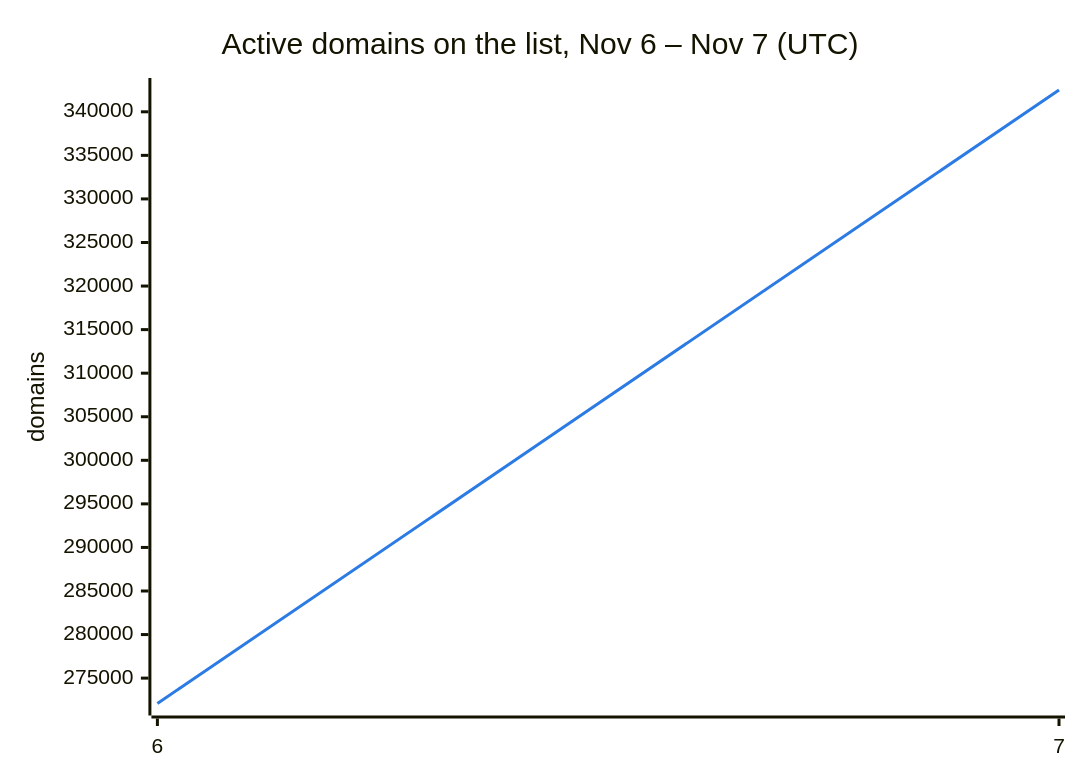
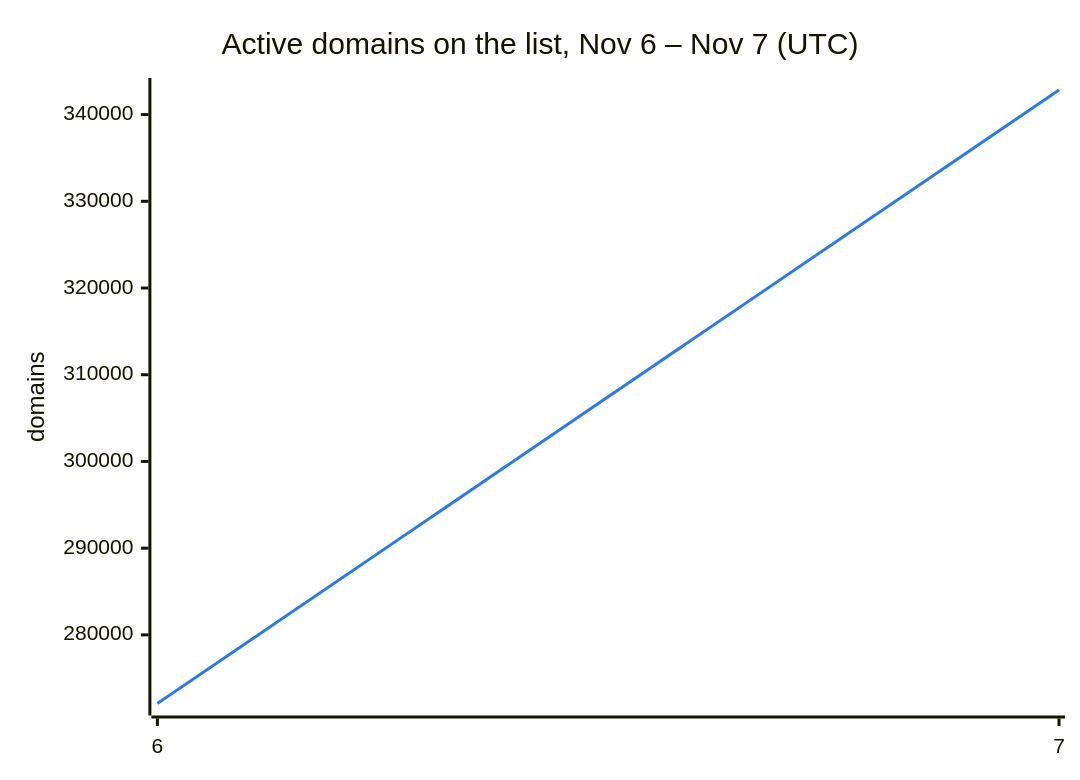
One commit to DNSBunker/CTI changed the second of 3 diagrams in README.md. Above: the diagram before and after it, drawn with Mermaid. The commit also changed other lines of this file and 3 other files, not shown here.

````diff
--- a/README.md
+++ b/README.md
@@ -38,8 +38,8 @@
 ```mermaid
 %%{init: {"themeVariables": {"xyChart": {"plotColorPalette": "#2c7be5"}}}}%%
 xychart-beta
     title "Active domains on the list, Nov 6 – Nov 7 (UTC)"
     x-axis ["6", "7"]
     y-axis "domains"
-    line [272088, 342502]
+    line [272088, 342834]
 ```
````
